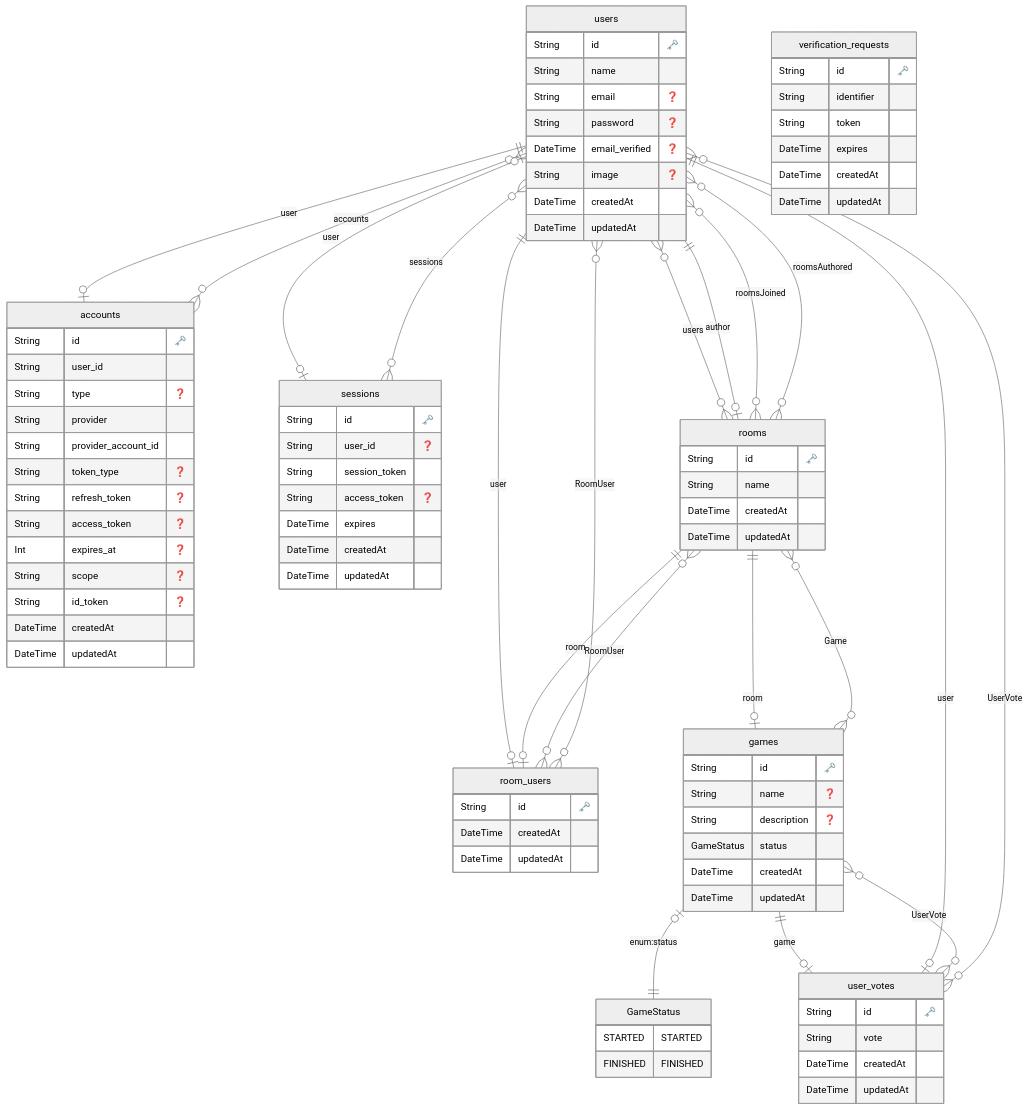
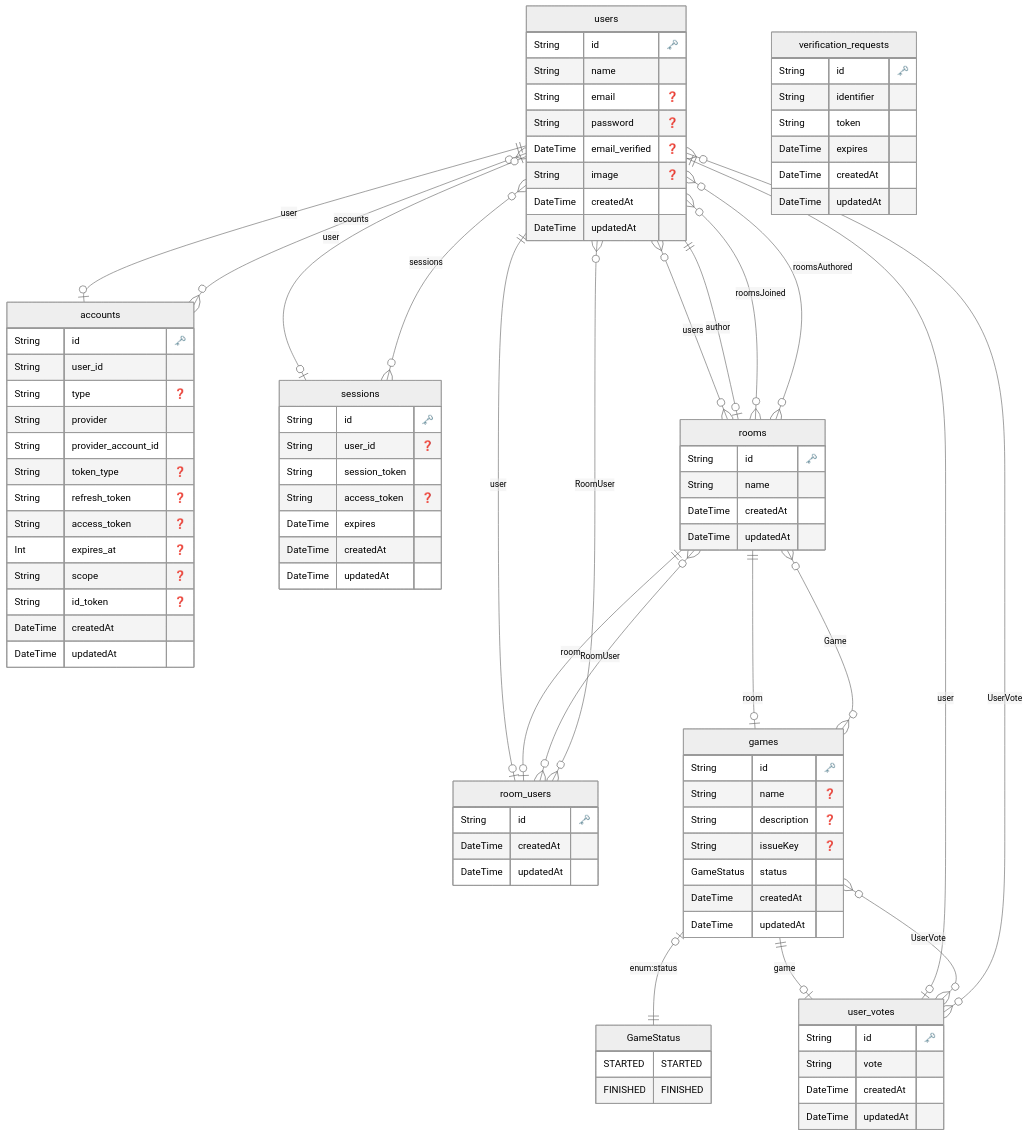
Before and after one commit to sebastiansiejek/planning-poker: the diagram in ERD.md, drawn with Mermaid (neutral theme). The commit also changed 3 other files, not shown here.

Commit message:
feat: add `issueKey` field to Game model and update ERD diagram

```diff
--- a/ERD.md
+++ b/ERD.md
@@ -75,6 +75,7 @@
     String id "🗝️"
     String name "❓"
     String description "❓"
+    String issueKey "❓"
     GameStatus status 
     DateTime createdAt 
     DateTime updatedAt 
```
